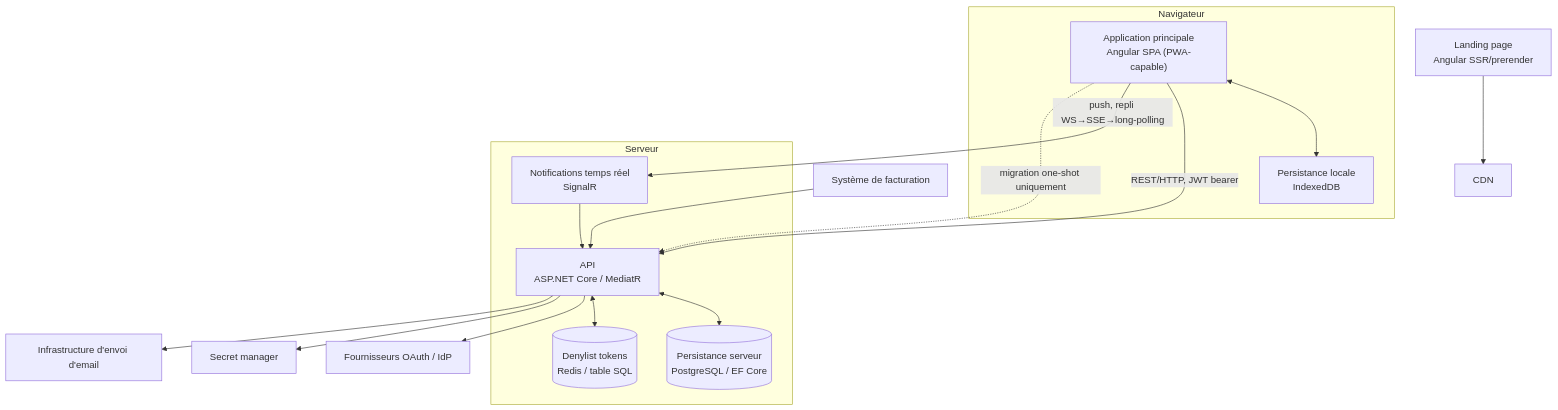
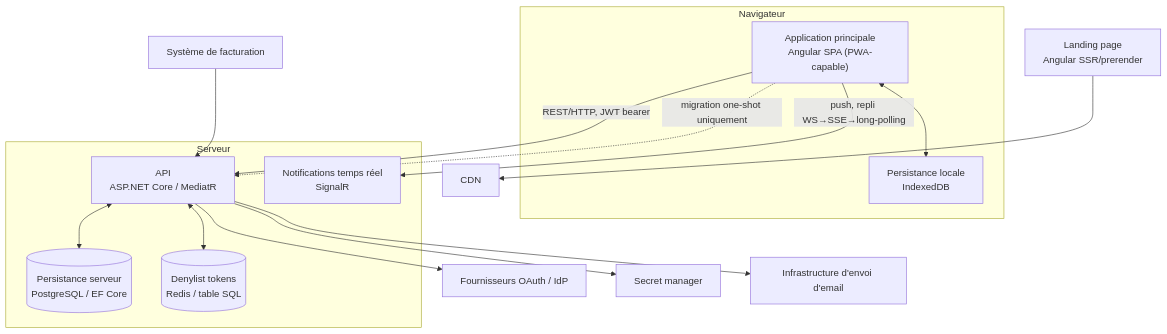
Before and after one commit to 2025-10-CDA-ECO-P6/PM-micro-saas: the second of 4 diagrams in docs/reference/dossier-architecture.md, drawn with Mermaid. The commit also changed other lines of this file, not shown here.

First line of the commit message:
docs(documentation-lisible): retire deux flèches non sourcées du dossier d'architecture

````diff
--- a/docs/reference/dossier-architecture.md
+++ b/docs/reference/dossier-architecture.md
@@ -153,35 +154,34 @@
 ```mermaid
 graph TD
     subgraph Navigateur
         SPA["Application principale<br/>Angular SPA (PWA-capable)"]
         IDB["Persistance locale<br/>IndexedDB"]
         SPA <--> IDB
     end
 
     LANDING["Landing page<br/>Angular SSR/prerender"]
     CDN["CDN"]
     LANDING --> CDN
 
     subgraph Serveur
         API["API<br/>ASP.NET Core / MediatR"]
         SIGNALR["Notifications temps réel<br/>SignalR"]
         DB[("Persistance serveur<br/>PostgreSQL / EF Core")]
         DENY[("Denylist tokens<br/>Redis / table SQL")]
         API <--> DB
         API <--> DENY
     end
 
     IDP["Fournisseurs OAuth / IdP"]
     SECRETS["Secret manager"]
     EMAIL["Infrastructure d'envoi d'email"]
     BILLING["Système de facturation"]
 
     SPA -->|"REST/HTTP, JWT bearer"| API
     SPA -->|"push, repli WS→SSE→long-polling"| SIGNALR
-    SIGNALR --> API
     SPA -.->|"migration one-shot uniquement"| API
     API --> IDP
     API --> SECRETS
     API --> EMAIL
     BILLING --> API
 ```
````
